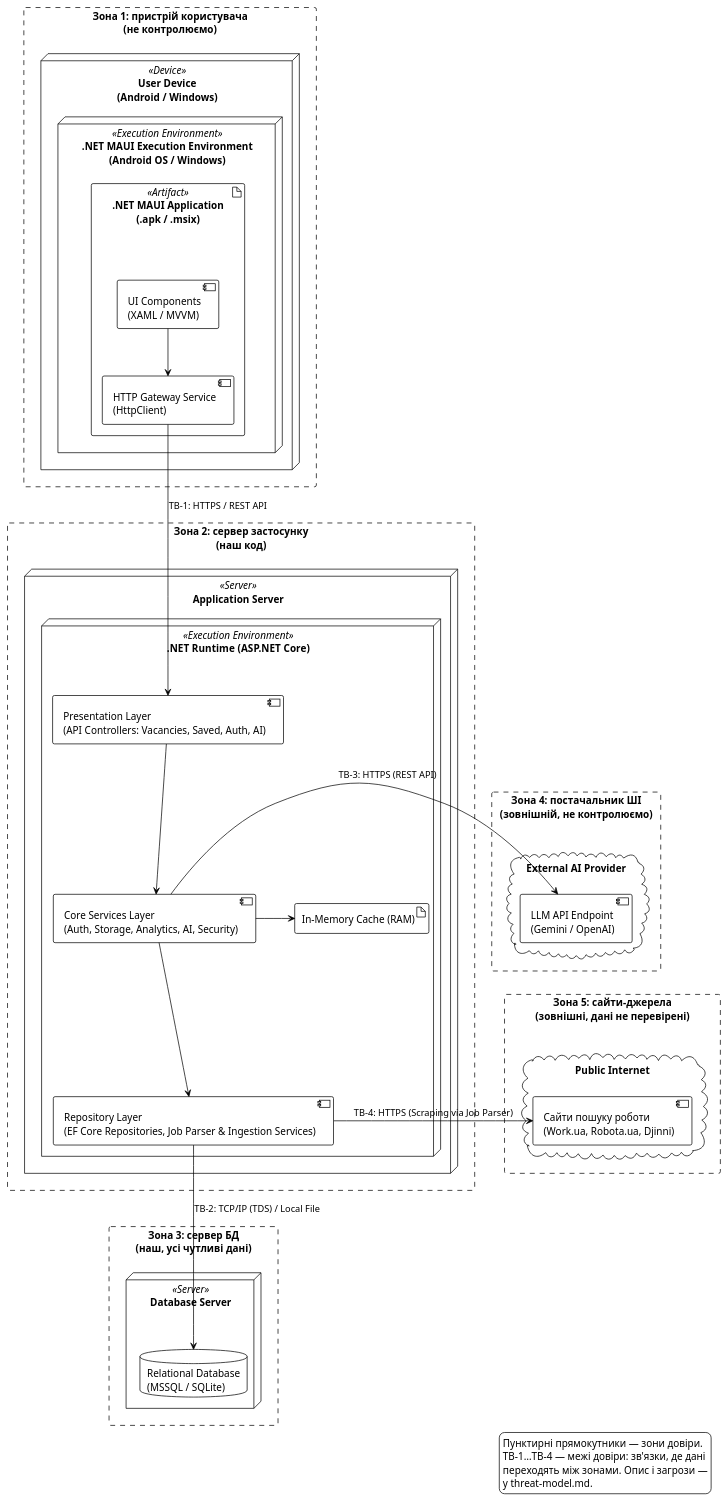
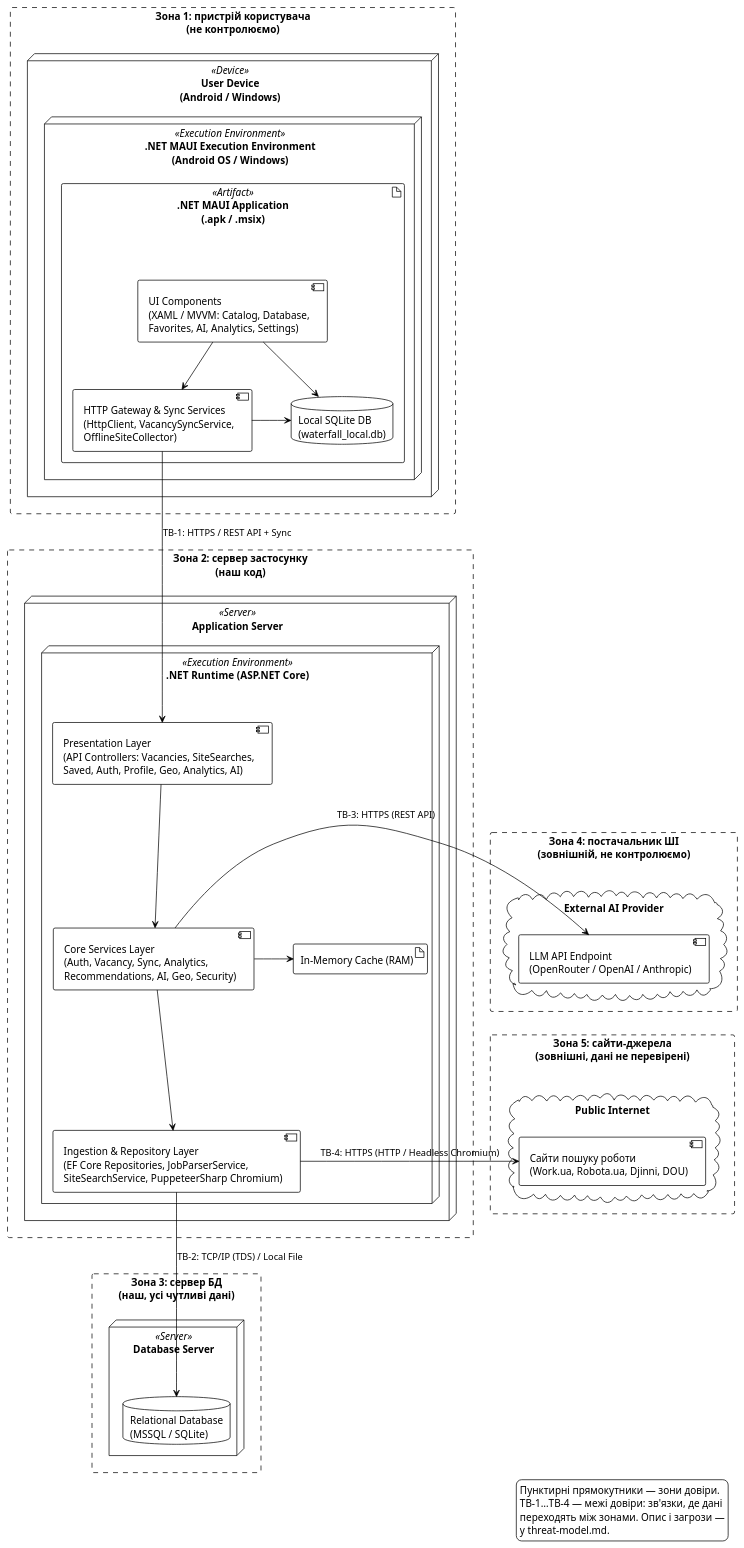
Before and after one commit to ukma-fin-ssdm-2026/waterfall: the diagram in docs/architecture/uml/deployment-diagram.puml, drawn with PlantUML. The commit also changed 2 other files, not shown here.

Commit message:
docs(uml): update component, data-model and deployment PlantUML diagrams

```diff
--- a/docs/architecture/uml/deployment-diagram.puml
+++ b/docs/architecture/uml/deployment-diagram.puml
@@ -2,63 +2,66 @@
 @startuml
 !theme plain
 skinparam nodesep 55
 skinparam ranksep 65
 
 rectangle "Зона 1: пристрій користувача\n(не контролюємо)" as Z1 #line.dashed {
     node "User Device\n(Android / Windows)" <<Device>> {
         node ".NET MAUI Execution Environment\n(Android OS / Windows)" <<Execution Environment>> {
             artifact ".NET MAUI Application\n(.apk / .msix)" <<Artifact>> {
-                component "UI Components\n(XAML / MVVM)" as ClientUI
-                component "HTTP Gateway Service\n(HttpClient)" as ClientGateway
+                component "UI Components\n(XAML / MVVM: Catalog, Database,\nFavorites, AI, Analytics, Settings)" as ClientUI
+                component "HTTP Gateway & Sync Services\n(HttpClient, VacancySyncService,\nOfflineSiteCollector)" as ClientGateway
+                database "Local SQLite DB\n(waterfall_local.db)" as ClientDB
                 ClientUI -down-> ClientGateway
+                ClientUI -right-> ClientDB
+                ClientGateway -right-> ClientDB
             }
         }
     }
 }
 
 rectangle "Зона 4: постачальник ШІ\n(зовнішній, не контролюємо)" as Z4 #line.dashed {
     cloud "External AI Provider" {
-        component "LLM API Endpoint\n(Gemini / OpenAI)" as AIEndpoint
+        component "LLM API Endpoint\n(OpenRouter / OpenAI / Anthropic)" as AIEndpoint
     }
 }
 
 rectangle "Зона 2: сервер застосунку\n(наш код)" as Z2 #line.dashed {
     node "Application Server" <<Server>> {
         node ".NET Runtime (ASP.NET Core)" <<Execution Environment>> {
-            component "Presentation Layer\n(API Controllers: Vacancies, Saved, Auth, AI)" as ApiControllers
-            component "Core Services Layer\n(Auth, Storage, Analytics, AI, Security)" as CoreServices
-            component "Repository Layer\n(EF Core Repositories, Job Parser & Ingestion Services)" as RepoLayer
+            component "Presentation Layer\n(API Controllers: Vacancies, SiteSearches,\nSaved, Auth, Profile, Geo, Analytics, AI)" as ApiControllers
+            component "Core Services Layer\n(Auth, Vacancy, Sync, Analytics,\nRecommendations, AI, Geo, Security)" as CoreServices
+            component "Ingestion & Repository Layer\n(EF Core Repositories, JobParserService,\nSiteSearchService, PuppeteerSharp Chromium)" as RepoLayer
             artifact "In-Memory Cache (RAM)" as MemoryCache
 
             ApiControllers -down-> CoreServices
             CoreServices -down-> RepoLayer
             CoreServices -right-> MemoryCache
         }
     }
 }
 
 rectangle "Зона 3: сервер БД\n(наш, усі чутливі дані)" as Z3 #line.dashed {
     node "Database Server" <<Server>> {
         database "Relational Database\n(MSSQL / SQLite)" as DB
     }
 }
 
 rectangle "Зона 5: сайти-джерела\n(зовнішні, дані не перевірені)" as Z5 #line.dashed {
     cloud "Public Internet" {
-        component "Сайти пошуку роботи\n(Work.ua, Robota.ua, Djinni)" as JobSites
+        component "Сайти пошуку роботи\n(Work.ua, Robota.ua, Djinni, DOU)" as JobSites
     }
 }
 
-ClientGateway -down-> ApiControllers : TB-1: HTTPS / REST API
+ClientGateway -down-> ApiControllers : TB-1: HTTPS / REST API + Sync
 RepoLayer -down-> DB : TB-2: TCP/IP (TDS) / Local File
 CoreServices -left-> AIEndpoint : TB-3: HTTPS (REST API)
-RepoLayer -right-> JobSites : TB-4: HTTPS (Scraping via Job Parser)
+RepoLayer -right-> JobSites : TB-4: HTTPS (HTTP / Headless Chromium)
 
 legend right
   Пунктирні прямокутники — зони довіри.
   TB-1…TB-4 — межі довіри: зв'язки, де дані
   переходять між зонами. Опис і загрози —
   у threat-model.md.
 endlegend
 
 @enduml
```
